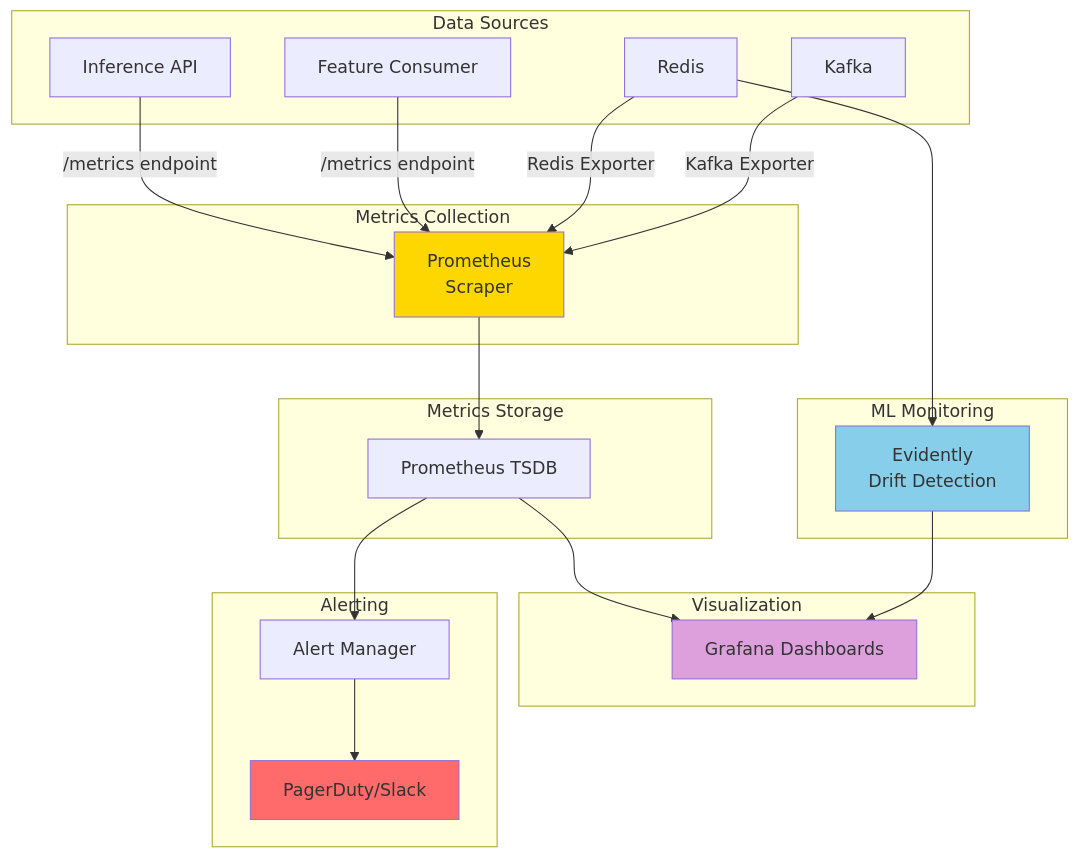
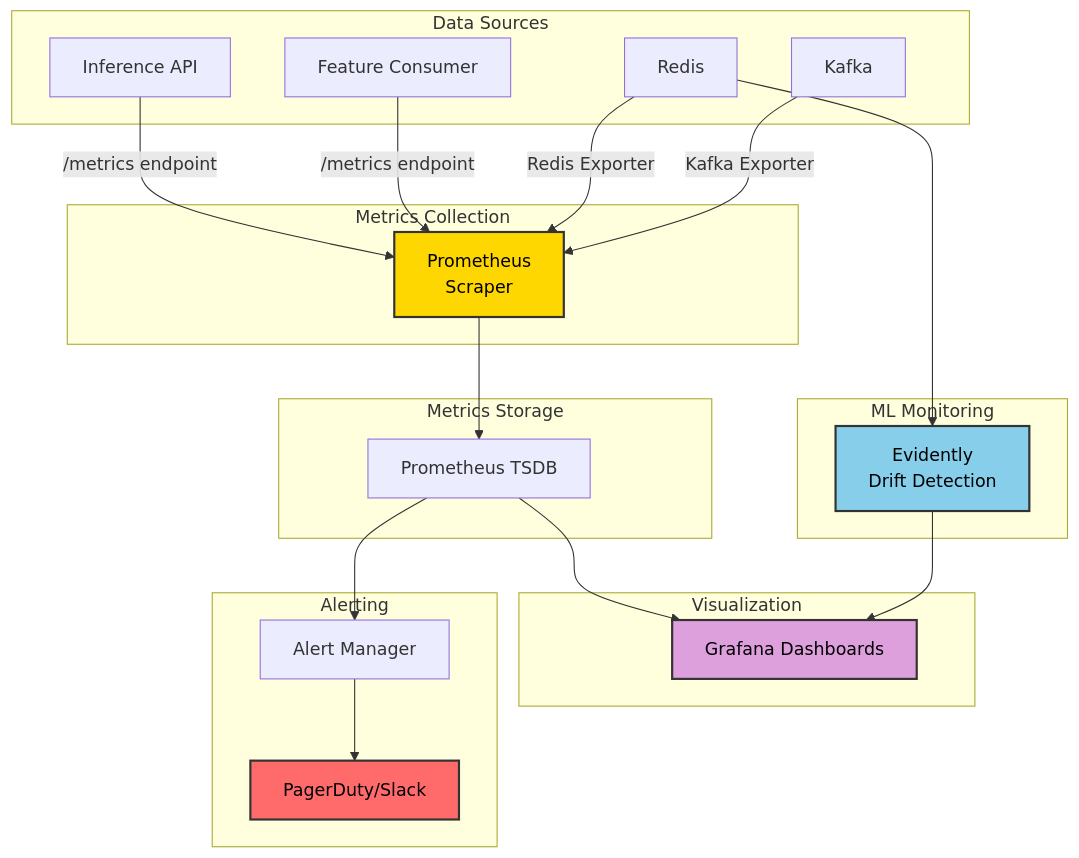
Before and after one commit to nasim-raj-laskar/Real-Time-Aircraft-Engine-Predictive-Maintenance-System: the eighth of 8 diagrams in docs/09_architecture.md, drawn with Mermaid. The commit also changed other lines of this file and 8 other files, not shown here.

````diff
--- a/docs/09_architecture.md
+++ b/docs/09_architecture.md
@@ -370,49 +370,49 @@
 ```mermaid
 flowchart TB
     subgraph Data Sources
         A[Inference API]
         B[Feature Consumer]
         C[Redis]
         D[Kafka]
     end
     
     subgraph Metrics Collection
         E[Prometheus<br/>Scraper]
     end
     
     subgraph Metrics Storage
         F[Prometheus TSDB]
     end
     
     subgraph Visualization
         G[Grafana Dashboards]
     end
     
     subgraph ML Monitoring
         H[Evidently<br/>Drift Detection]
     end
     
     subgraph Alerting
         I[Alert Manager]
         J[PagerDuty/Slack]
     end
     
     A -->|/metrics endpoint| E
     B -->|/metrics endpoint| E
     C -->|Redis Exporter| E
     D -->|Kafka Exporter| E
     
     E --> F
     F --> G
     
     C --> H
     H --> G
     
     F --> I
     I --> J
     
-    style E fill:#FFD700
-    style G fill:#DDA0DD
-    style H fill:#87CEEB
-    style J fill:#FF6B6B
+    style E fill:#FFD700,stroke:#333,stroke-width:2px,color:#000
+    style G fill:#DDA0DD,stroke:#333,stroke-width:2px,color:#000
+    style H fill:#87CEEB,stroke:#333,stroke-width:2px,color:#000
+    style J fill:#FF6B6B,stroke:#333,stroke-width:2px,color:#000
 ```
````
